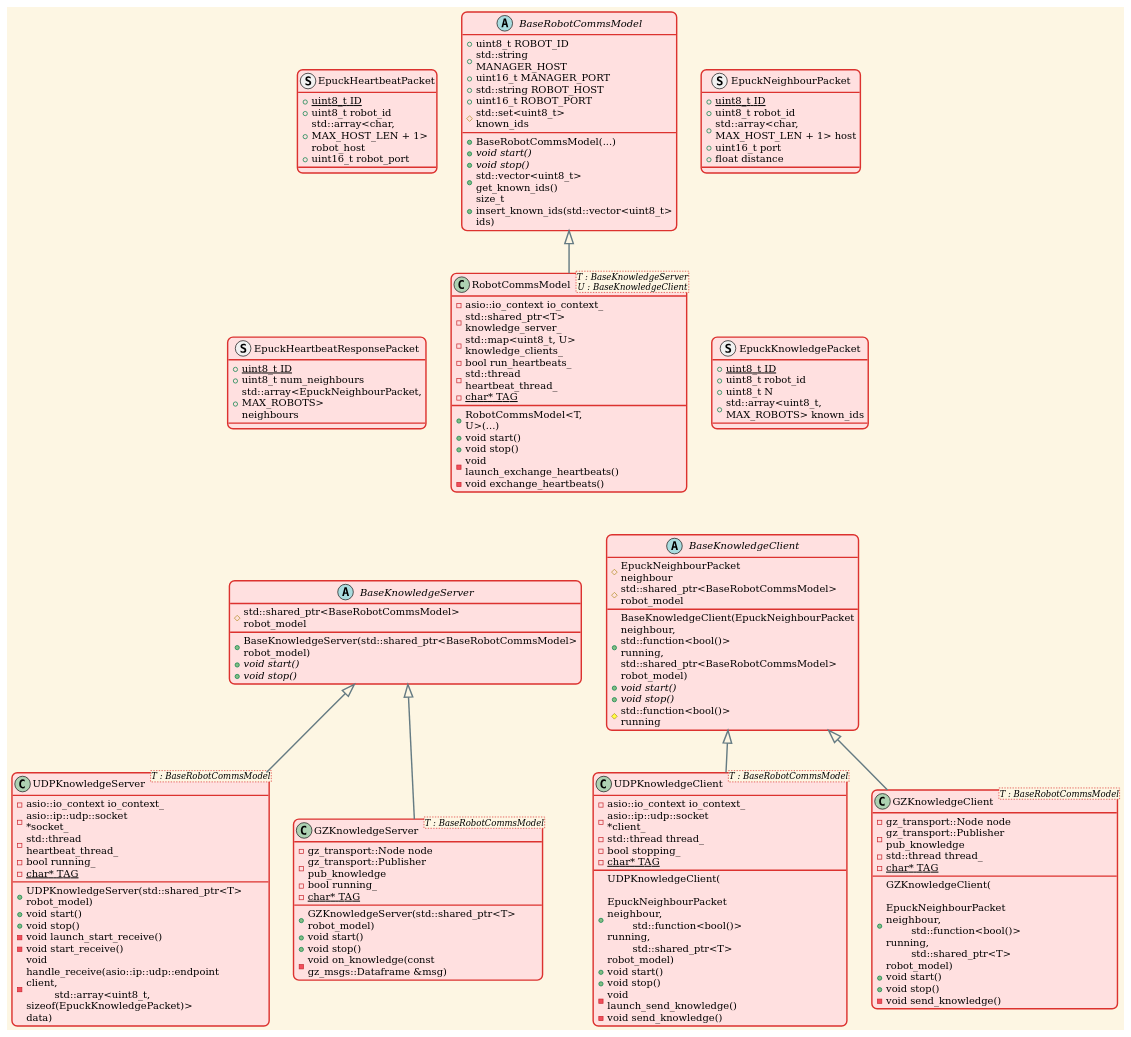
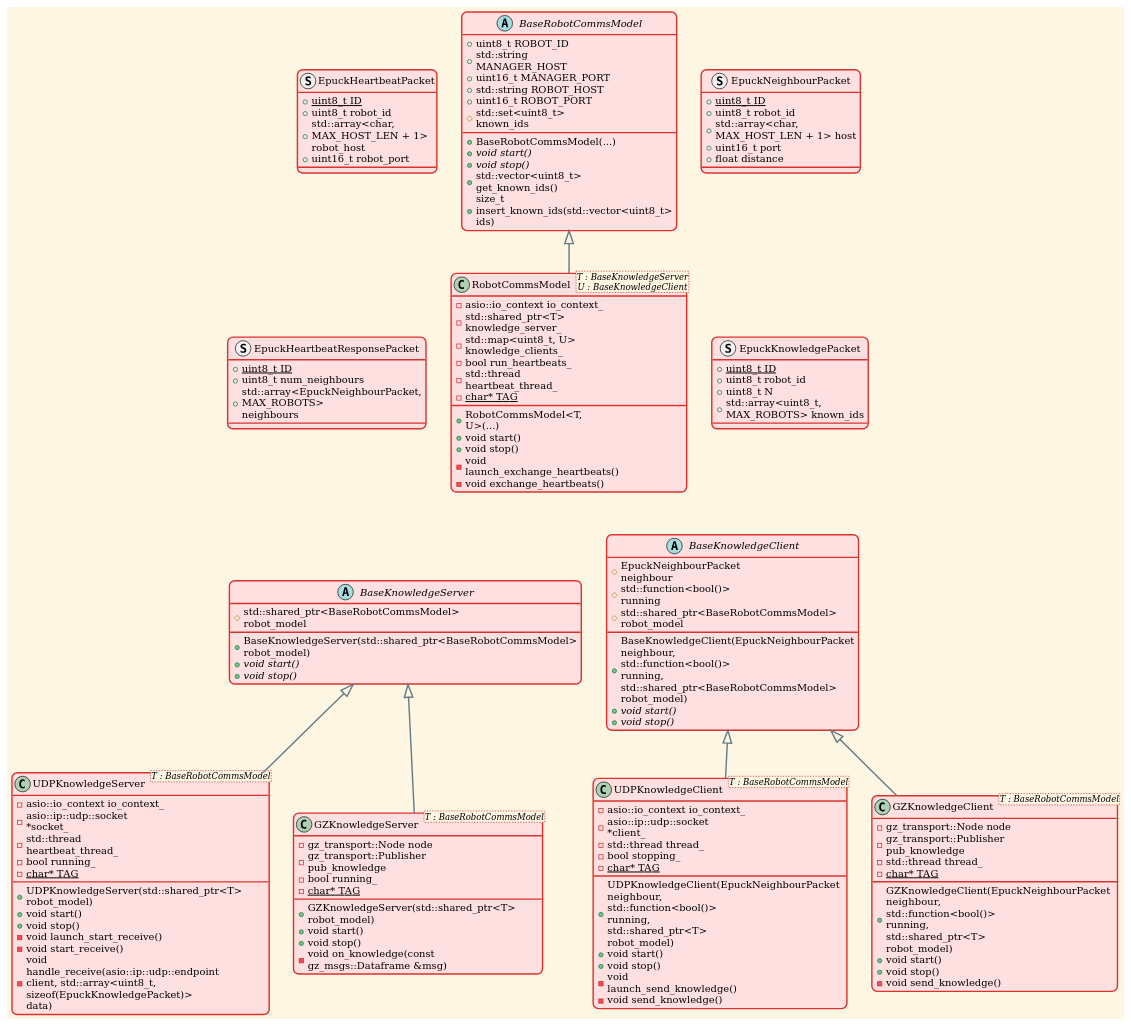
One commit to eshjordan/lazy_agent_sim changed the diagram in ros_gz_lazy_agent_sim_applications/agent_local_comms_server/doc/comms_class.puml. Above: the diagram before and after it, drawn with PlantUML.

Commit message:
Fixed comms_class diagram

```diff
--- a/ros_gz_lazy_agent_sim_applications/agent_local_comms_server/doc/comms_class.puml
+++ b/ros_gz_lazy_agent_sim_applications/agent_local_comms_server/doc/comms_class.puml
@@ -1,146 +1,146 @@
 @startuml
 
 !theme sunlust
 
 abstract class BaseKnowledgeServer {
   + BaseKnowledgeServer(std::shared_ptr<BaseRobotCommsModel> robot_model)
   + {abstract} void start()
   + {abstract} void stop()
   # std::shared_ptr<BaseRobotCommsModel> robot_model
 }
 
 abstract class BaseKnowledgeClient {
   + BaseKnowledgeClient(EpuckNeighbourPacket neighbour, std::function<bool()> running, std::shared_ptr<BaseRobotCommsModel> robot_model)
   + {abstract} void start()
   + {abstract} void stop()
   # EpuckNeighbourPacket neighbour
-  # std::function<bool()> running
+  # {field} std::function<bool()> running
   # std::shared_ptr<BaseRobotCommsModel> robot_model
 }
 
 abstract class BaseRobotCommsModel {
   + uint8_t ROBOT_ID
   + std::string MANAGER_HOST
   + uint16_t MANAGER_PORT
   + std::string ROBOT_HOST
   + uint16_t ROBOT_PORT
   # std::set<uint8_t> known_ids
 
   + BaseRobotCommsModel(...)
   + {abstract} void start()
   + {abstract} void stop()
   + std::vector<uint8_t> get_known_ids()
   + size_t insert_known_ids(std::vector<uint8_t> ids)
 }
 
 
 struct EpuckHeartbeatPacket {
   +{static} uint8_t ID
   +uint8_t robot_id
   +std::array<char, MAX_HOST_LEN + 1> robot_host
   +uint16_t robot_port
 }
 
 struct EpuckNeighbourPacket {
   +{static} uint8_t ID
   +uint8_t robot_id
   +std::array<char, MAX_HOST_LEN + 1> host
   +uint16_t port
   +float distance
 }
 
 struct EpuckHeartbeatResponsePacket {
   +{static} uint8_t ID
   +uint8_t num_neighbours
   +std::array<EpuckNeighbourPacket, MAX_ROBOTS> neighbours
 }
 
 struct EpuckKnowledgePacket {
   +{static} uint8_t ID
   +uint8_t robot_id
   +uint8_t N
   +std::array<uint8_t, MAX_ROBOTS> known_ids
 }
 
 
 class RobotCommsModel <T : BaseKnowledgeServer\nU : BaseKnowledgeClient> {
   + RobotCommsModel<T, U>(...)
   + void start()
   + void stop()
   - void launch_exchange_heartbeats()
   - void exchange_heartbeats()
   - asio::io_context io_context_
   - std::shared_ptr<T> knowledge_server_
   - std::map<uint8_t, U> knowledge_clients_
   - bool run_heartbeats_
   - std::thread heartbeat_thread_
   - {static} char* TAG
 }
 
 
 class UDPKnowledgeServer <T : BaseRobotCommsModel> {
   + UDPKnowledgeServer(std::shared_ptr<T> robot_model)
   + void start()
   + void stop()
   - void launch_start_receive()
   - void start_receive()
-  - void handle_receive(asio::ip::udp::endpoint client,\n\t std::array<uint8_t, sizeof(EpuckKnowledgePacket)> data)
+  - void handle_receive(asio::ip::udp::endpoint client, std::array<uint8_t, sizeof(EpuckKnowledgePacket)> data)
   - asio::io_context io_context_
   - asio::ip::udp::socket *socket_
   - std::thread heartbeat_thread_
   - bool running_
   - {static} char* TAG
 }
 
 class UDPKnowledgeClient <T : BaseRobotCommsModel> {
-  + UDPKnowledgeClient(\n\tEpuckNeighbourPacket neighbour,\n\tstd::function<bool()> running,\n\tstd::shared_ptr<T> robot_model)
+  + UDPKnowledgeClient(EpuckNeighbourPacket neighbour, std::function<bool()> running, std::shared_ptr<T> robot_model)
   + void start()
   + void stop()
   - void launch_send_knowledge()
   - void send_knowledge()
   - asio::io_context io_context_
   - asio::ip::udp::socket *client_
   - std::thread thread_
   - bool stopping_
   - {static} char* TAG
 }
 
 
 class GZKnowledgeServer <T : BaseRobotCommsModel> {
   + GZKnowledgeServer(std::shared_ptr<T> robot_model)
   + void start()
   + void stop()
   - void on_knowledge(const gz_msgs::Dataframe &msg)
   - gz_transport::Node node
   - gz_transport::Publisher pub_knowledge
   - bool running_
   - {static} char* TAG
 }
 
 class GZKnowledgeClient <T : BaseRobotCommsModel> {
-  + GZKnowledgeClient(\n\tEpuckNeighbourPacket neighbour,\n\tstd::function<bool()> running,\n\tstd::shared_ptr<T> robot_model)
+  + GZKnowledgeClient(EpuckNeighbourPacket neighbour, std::function<bool()> running, std::shared_ptr<T> robot_model)
   + void start()
   + void stop()
   - void send_knowledge()
   - gz_transport::Node node
   - gz_transport::Publisher pub_knowledge
   - std::thread thread_
   - {static} char* TAG
 }
 
 
 BaseRobotCommsModel <|-- RobotCommsModel
 BaseKnowledgeServer <|-- UDPKnowledgeServer
 BaseKnowledgeClient <|-- UDPKnowledgeClient
 BaseKnowledgeServer <|-- GZKnowledgeServer
 BaseKnowledgeClient <|-- GZKnowledgeClient
 
 RobotCommsModel <|-[hidden]- BaseKnowledgeServer
 RobotCommsModel <|-[hidden]- BaseKnowledgeClient
 
 BaseRobotCommsModel -[hidden]left-> EpuckHeartbeatPacket
 RobotCommsModel -[hidden]left-> EpuckHeartbeatResponsePacket
 BaseRobotCommsModel -[hidden]right-> EpuckNeighbourPacket
 RobotCommsModel -[hidden]right-> EpuckKnowledgePacket
 
 @enduml
```
